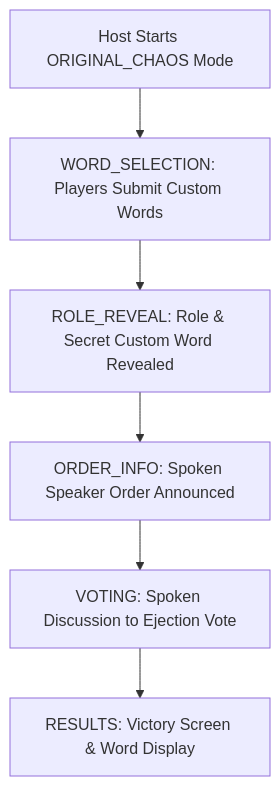
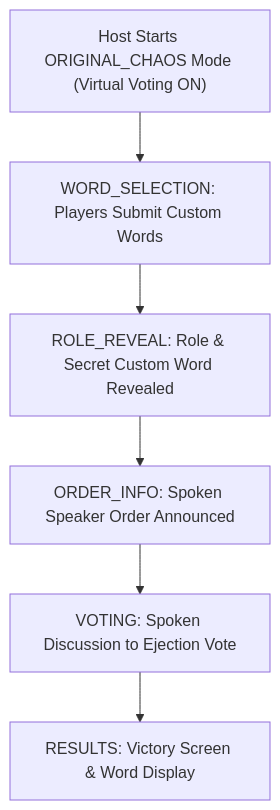
One commit to JAM-Productions/inkpostor-frontend changed the fifth of 36 diagrams in docs/E2E_FLOWS.md. Above: the diagram before and after it, drawn with Mermaid. The commit also changed other lines of this file and 29 other files, not shown here.

Commit message:
enable_virtual_voting_and_game_results_fix

````diff
--- a/docs/E2E_FLOWS.md
+++ b/docs/E2E_FLOWS.md
@@ -103,8 +104,8 @@
 ```mermaid
 flowchart TD
-    Start["Host Starts ORIGINAL_CHAOS Mode"] --> WordSel["WORD_SELECTION: Players Submit Custom Words"]
+    Start["Host Starts ORIGINAL_CHAOS Mode (Virtual Voting ON)"] --> WordSel["WORD_SELECTION: Players Submit Custom Words"]
     WordSel --> RoleReveal["ROLE_REVEAL: Role & Secret Custom Word Revealed"]
     RoleReveal --> OrderInfo["ORDER_INFO: Spoken Speaker Order Announced"]
     OrderInfo --> Voting["VOTING: Spoken Discussion to Ejection Vote"]
     Voting --> Results["RESULTS: Victory Screen & Word Display"]
 ```
````
